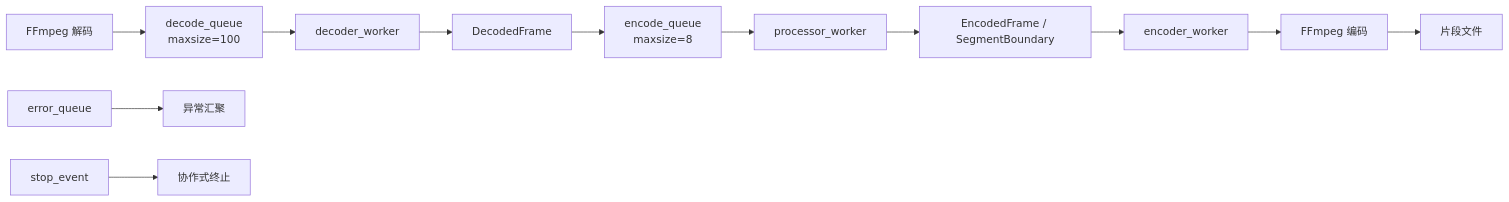
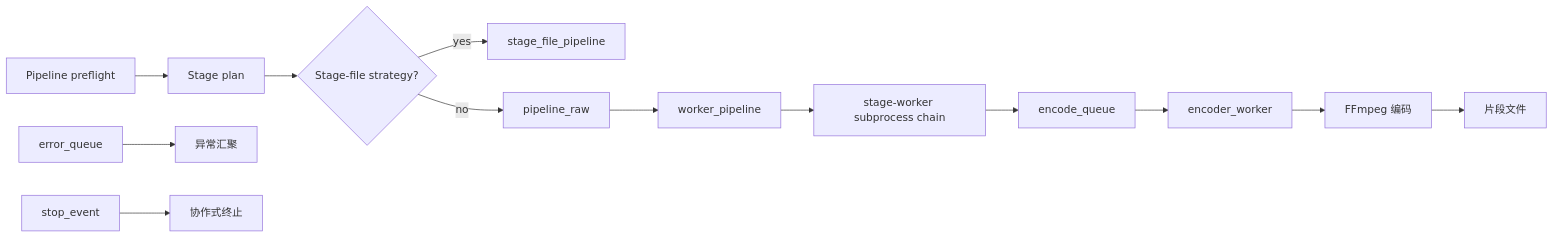
One commit to youge325/vp changed the second of 3 diagrams in docs/04-backend-architecture.md. Above: the diagram before and after it, drawn with Mermaid. The commit also changed other lines of this file and 18 other files, not shown here.

````diff
--- a/docs/04-backend-architecture.md
+++ b/docs/04-backend-architecture.md
@@ -109,15 +109,16 @@
 ```mermaid
 graph LR
-    A[FFmpeg 解码] --> B[decode_queue<br/>maxsize=100]
-    B --> C[decoder_worker]
-    C --> D[DecodedFrame]
-    D --> E[encode_queue<br/>maxsize=8]
-    E --> F[processor_worker]
-    F --> G[EncodedFrame / SegmentBoundary]
-    G --> H[encoder_worker]
-    H --> I[FFmpeg 编码]
-    I --> J[片段文件]
+    A[Pipeline preflight] --> B[Stage plan]
+    B --> C{Stage-file strategy?}
+    C -->|yes| D[stage_file_pipeline]
+    C -->|no| E[pipeline_raw]
+    E --> F[worker_pipeline]
+    F --> G[stage-worker subprocess chain]
+    G --> H[encode_queue]
+    H --> I[encoder_worker]
+    I --> J[FFmpeg 编码]
+    J --> K[片段文件]
 
-    K[error_queue] --> L[异常汇聚]
-    M[stop_event] --> N[协作式终止]
+    L[error_queue] --> M[异常汇聚]
+    N[stop_event] --> O[协作式终止]
 ```
````
